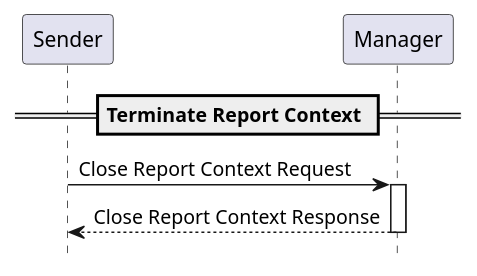
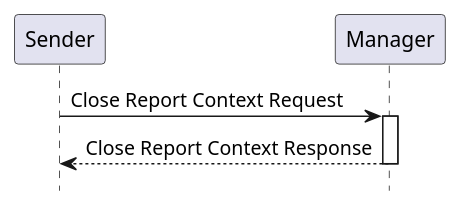
The diagram in input/images-source/rad-x4-seq.plantuml (IHE/RAD.IRA), drawn with PlantUML before and after one commit. The commit also changed 3 other files, not shown here.

```diff
--- a/input/images-source/rad-x4-seq.plantuml
+++ b/input/images-source/rad-x4-seq.plantuml
@@ -1,15 +1,13 @@
 @startuml
 
 hide footbox
 
 participant "Sender" as Sender
 participant "Manager" as Manager
 
-== Terminate Report Context ==
-
 Sender->Manager: Close Report Context Request
 activate Manager
 Manager-->Sender: Close Report Context Response
 deactivate Manager
 
 @enduml
```
